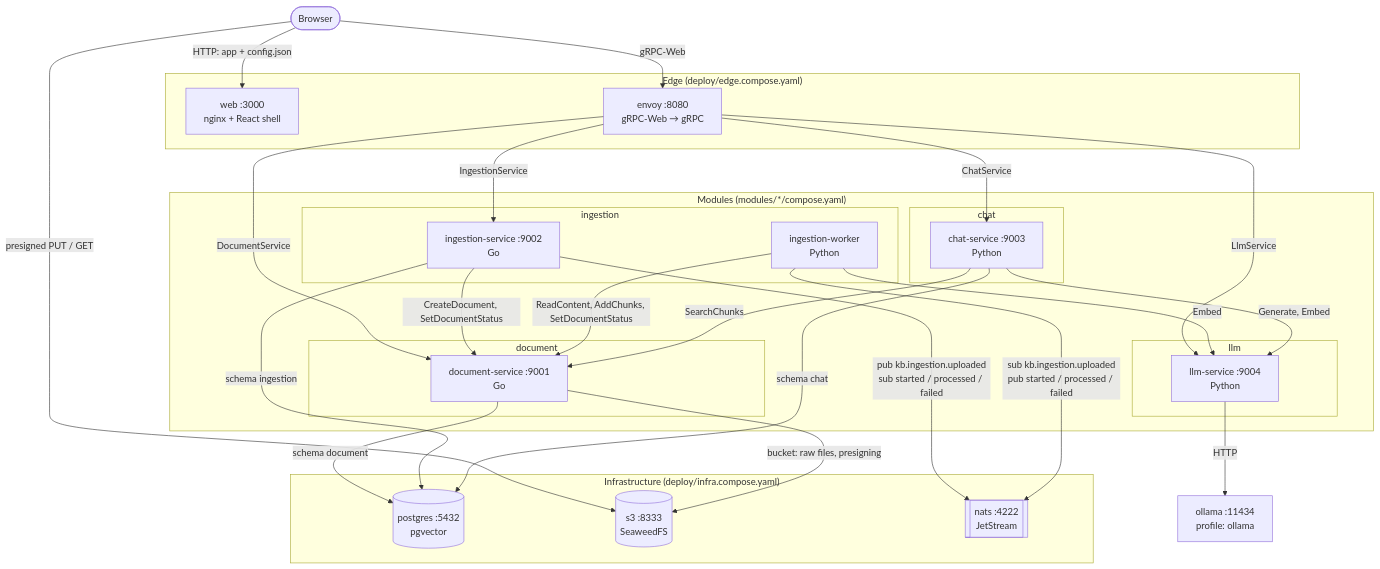
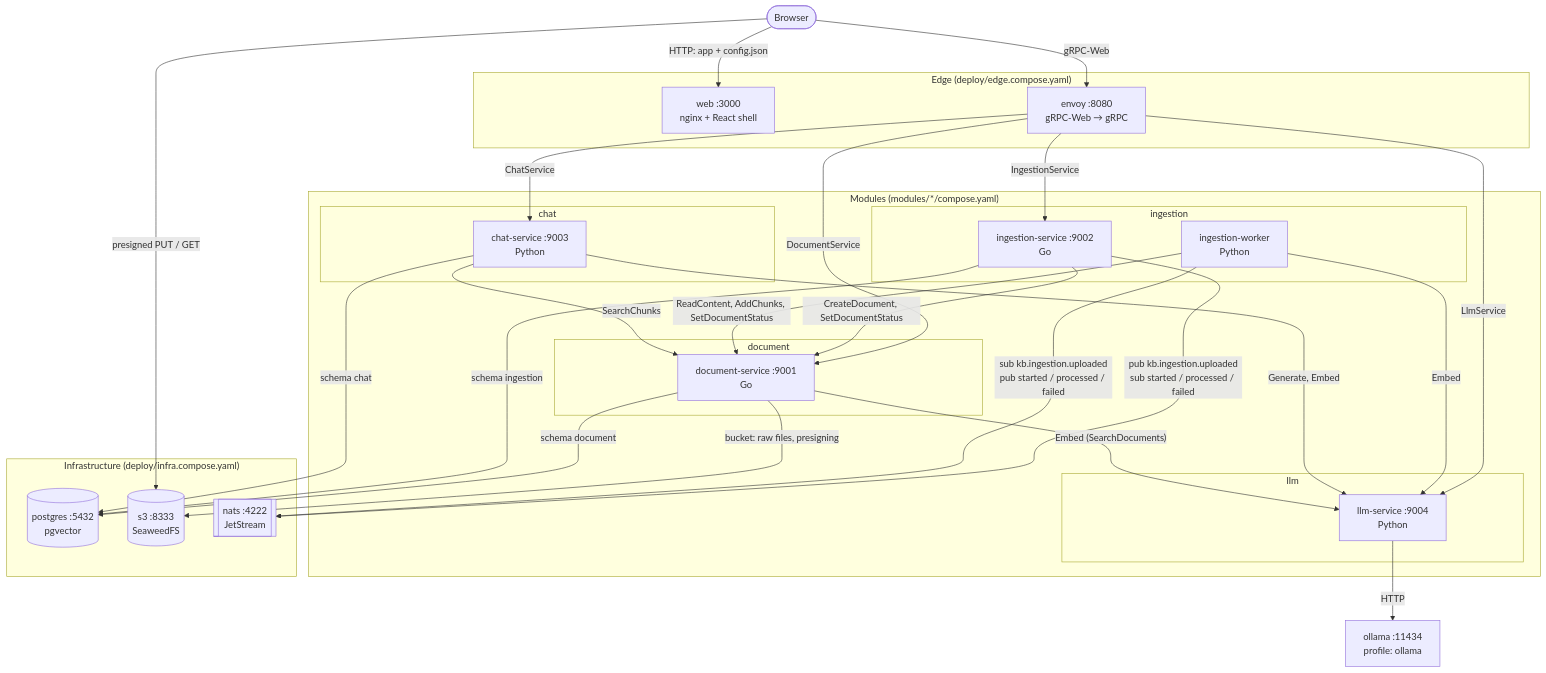
Before and after one commit to ChristophBe/kb: the second of 3 diagrams in docs/architecture/overview.md, drawn with Mermaid. The commit also changed other lines of this file and 14 other files, not shown here.

First line of the commit message:
Search documents by text

````diff
--- a/docs/architecture/overview.md
+++ b/docs/architecture/overview.md
@@ -21,57 +21,58 @@
 ```mermaid
 flowchart TB
     browser([Browser])
 
     subgraph edge["Edge (deploy/edge.compose.yaml)"]
         web["web :3000<br/>nginx + React shell"]
         envoy["envoy :8080<br/>gRPC-Web → gRPC"]
     end
 
     subgraph modules["Modules (modules/*/compose.yaml)"]
         subgraph document["document"]
             docsvc["document-service :9001<br/>Go"]
         end
         subgraph ingestion["ingestion"]
             ingsvc["ingestion-service :9002<br/>Go"]
             ingworker["ingestion-worker<br/>Python"]
         end
         subgraph chat["chat"]
             chatsvc["chat-service :9003<br/>Python"]
         end
         subgraph llm["llm"]
             llmsvc["llm-service :9004<br/>Python"]
         end
     end
 
     subgraph infra["Infrastructure (deploy/infra.compose.yaml)"]
         pg[("postgres :5432<br/>pgvector")]
         s3[("s3 :8333<br/>SeaweedFS")]
         nats[["nats :4222<br/>JetStream"]]
     end
 
     ollama["ollama :11434<br/>profile: ollama"]
 
     browser -- "HTTP: app + config.json" --> web
     browser -- "gRPC-Web" --> envoy
     browser -- "presigned PUT / GET" --> s3
 
     envoy -- "DocumentService" --> docsvc
     envoy -- "IngestionService" --> ingsvc
     envoy -- "ChatService" --> chatsvc
     envoy -- "LlmService" --> llmsvc
 
     ingsvc -- "CreateDocument, SetDocumentStatus" --> docsvc
     ingworker -- "ReadContent, AddChunks, SetDocumentStatus" --> docsvc
     ingworker -- "Embed" --> llmsvc
     chatsvc -- "SearchChunks" --> docsvc
     chatsvc -- "Generate, Embed" --> llmsvc
+    docsvc -- "Embed (SearchDocuments)" --> llmsvc
     llmsvc -- "HTTP" --> ollama
 
     ingsvc -- "pub kb.ingestion.uploaded<br/>sub started / processed / failed" --> nats
     ingworker -- "sub kb.ingestion.uploaded<br/>pub started / processed / failed" --> nats
 
     docsvc -- "schema document" --> pg
     ingsvc -- "schema ingestion" --> pg
     chatsvc -- "schema chat" --> pg
     docsvc -- "bucket: raw files, presigning" --> s3
 ```
````
